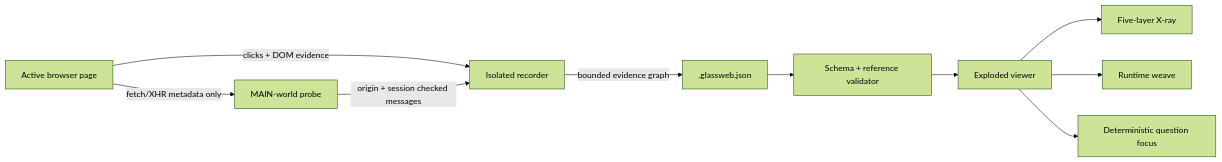
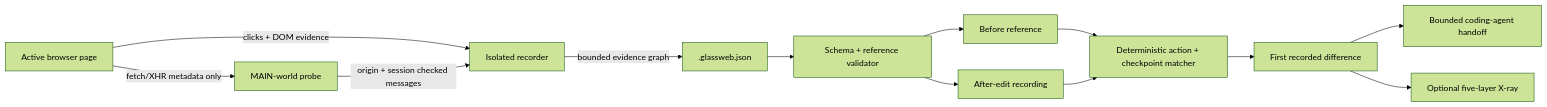
Before and after one commit to zaiqltd/glassweb: the diagram in README.md, drawn with Mermaid (forest theme). The commit also changed other lines of this file and 33 other files, not shown here.

Commit message:
feat: turn GlassWeb into a before-after debugger

````diff
--- a/README.md
+++ b/README.md
@@ -128,12 +137,15 @@
 ```mermaid
 flowchart LR
   Page[Active browser page] -->|clicks + DOM evidence| Content[Isolated recorder]
   Page -->|fetch/XHR metadata only| Probe[MAIN-world probe]
   Probe -->|origin + session checked messages| Content
   Content -->|bounded evidence graph| Trace[.glassweb.json]
   Trace --> Validator[Schema + reference validator]
-  Validator --> Viewer[Exploded viewer]
-  Viewer --> Xray[Five-layer X-ray]
-  Viewer --> Runtime[Runtime weave]
-  Viewer --> Ask[Deterministic question focus]
+  Validator --> Before[Before reference]
+  Validator --> After[After-edit recording]
+  Before --> Compare[Deterministic action + checkpoint matcher]
+  After --> Compare
+  Compare --> Verdict[First recorded difference]
+  Verdict --> Packet[Bounded coding-agent handoff]
+  Verdict --> Xray[Optional five-layer X-ray]
 ```
````
